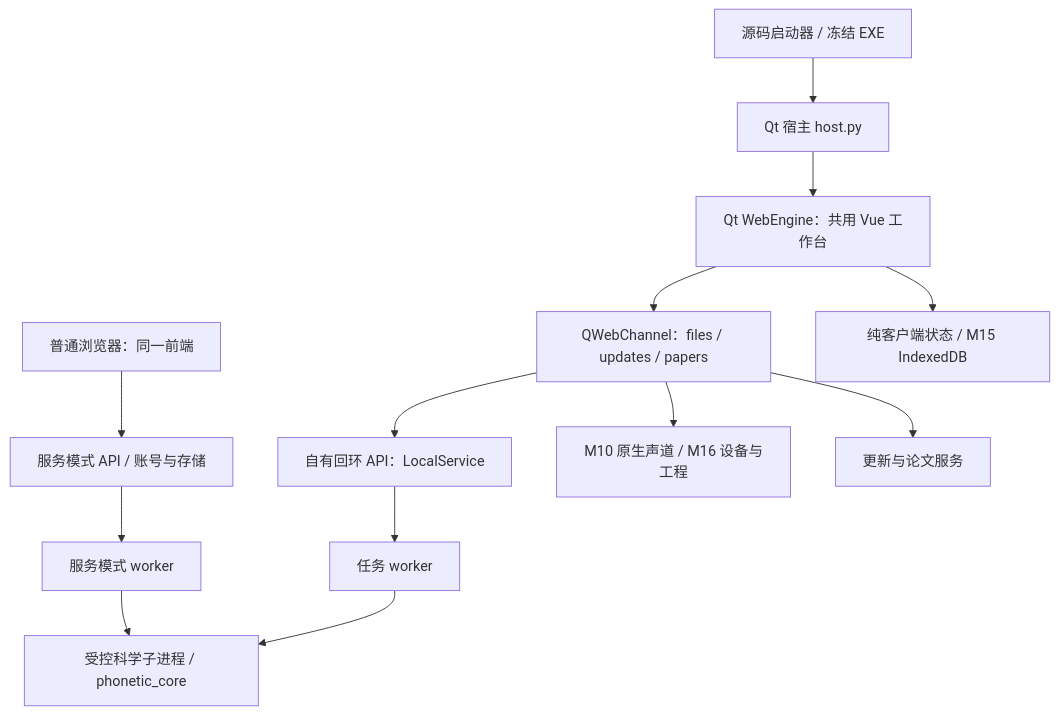
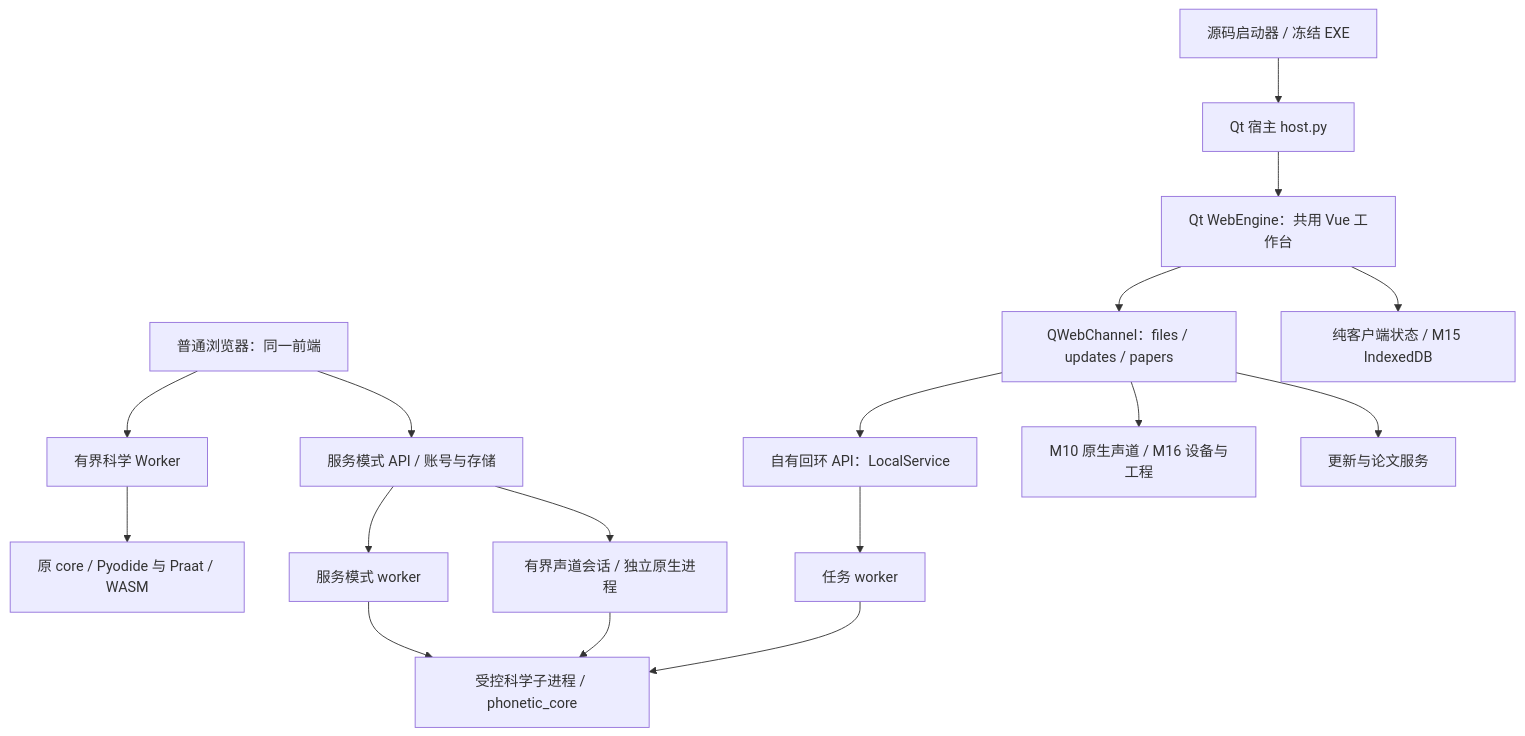
One commit to Nephelium/PhoneticToolbox changed the diagram in ARCHITECTURE.md. Above: the diagram before and after it, drawn with Mermaid. The commit also changed other lines of this file and 482 other files, not shown here.

```diff
--- a/ARCHITECTURE.md
+++ b/ARCHITECTURE.md
@@ -11,15 +11,19 @@
 ~~~mermaid
 flowchart TD
     Entry["源码启动器 / 冻结 EXE"] --> Qt["Qt 宿主 host.py"]
     Qt --> View["Qt WebEngine：共用 Vue 工作台"]
-    Browser["普通浏览器：同一前端"] --> WebAPI["服务模式 API / 账号与存储"]
+    Browser["普通浏览器：同一前端"] --> BrowserWorker["有界科学 Worker"]
+    BrowserWorker --> BrowserCore["原 core / Pyodide 与 Praat / WASM"]
+    Browser --> WebAPI["服务模式 API / 账号与存储"]
     View --> Channel["QWebChannel：files / updates / papers"]
     Channel --> Local["自有回环 API：LocalService"]
     Local --> Worker["任务 worker"]
     WebAPI --> ServerWorker["服务模式 worker"]
     Worker --> Science["受控科学子进程 / phonetic_core"]
     ServerWorker --> Science
+    WebAPI --> VocalWeb["有界声道会话 / 独立原生进程"]
+    VocalWeb --> Science
     Channel --> Native["M10 原生声道 / M16 设备与工程"]
     Channel --> Content["更新与论文服务"]
     View --> Client["纯客户端状态 / M15 IndexedDB"]
 ~~~
```
